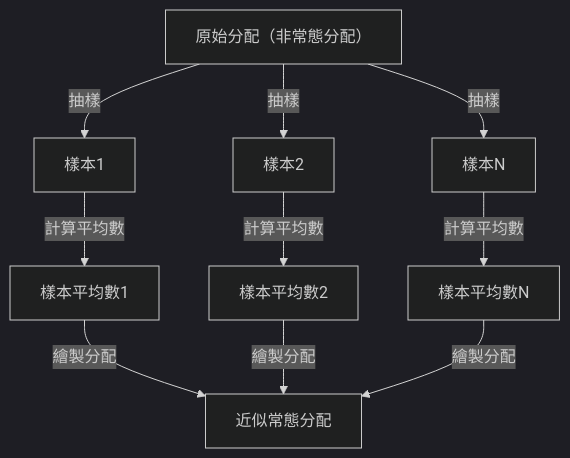
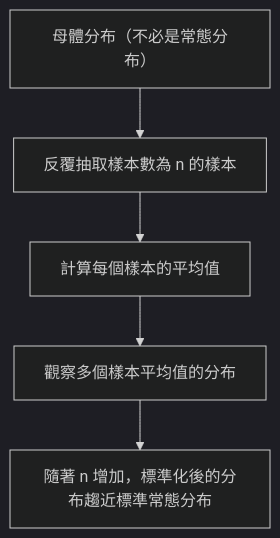
Before and after one commit to kenjinote/blog: the diagram in content/post/central-limit-theorem/index.zh-tw.md, drawn with Mermaid (dark theme). The commit also changed other lines of this file and 15 other files, not shown here.

````diff
--- a/content/post/central-limit-theorem/index.zh-tw.md
+++ b/content/post/central-limit-theorem/index.zh-tw.md
@@ -44,12 +44,7 @@
 ```mermaid
 graph TD
-    A["原始分配（非常態分配）"] -->|"抽樣"| B["樣本1"]
-    A -->|"抽樣"| C["樣本2"]
-    A -->|"抽樣"| D["樣本N"]
-    B -->|"計算平均數"| E["樣本平均數1"]
-    C -->|"計算平均數"| F["樣本平均數2"]
-    D -->|"計算平均數"| G["樣本平均數N"]
-    E -->|"繪製分配"| H["近似常態分配"]
-    F -->|"繪製分配"| H
-    G -->|"繪製分配"| H
+    A["母體分布（不必是常態分布）"] --> B["反覆抽取樣本數為 n 的樣本"]
+    B --> C["計算每個樣本的平均值"]
+    C --> D["觀察多個樣本平均值的分布"]
+    D --> E["隨著 n 增加，標準化後的分布趨近標準常態分布"]
 ```
````
